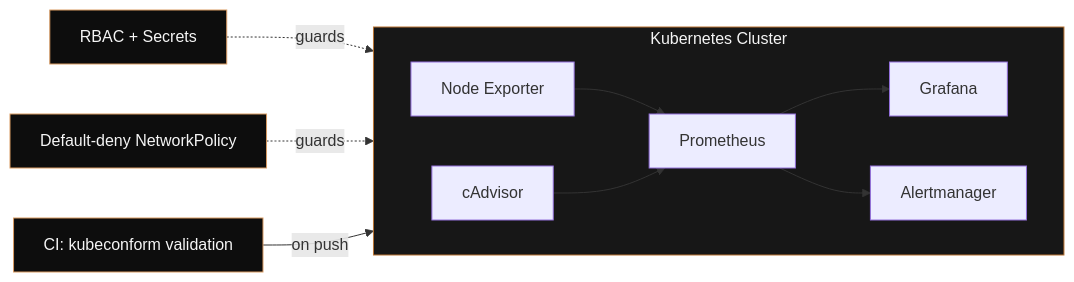
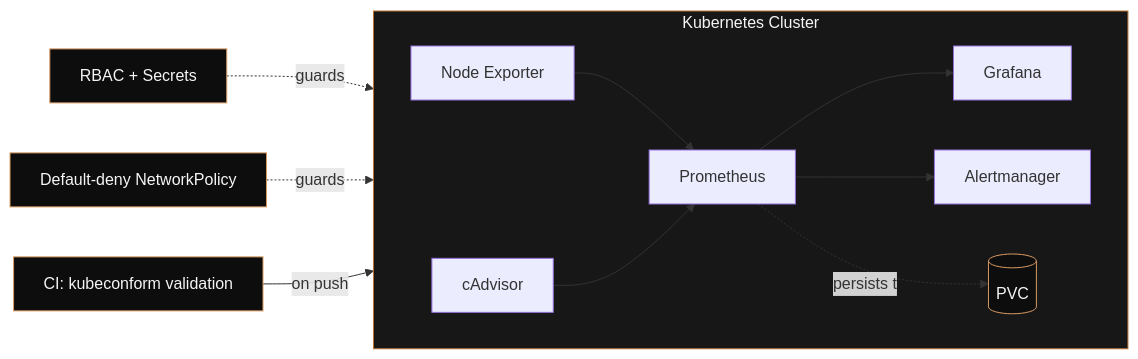
One commit to ItzMeBeasT/ItzMeBeasT changed the diagram in README.md. Above: the diagram before and after it, drawn with Mermaid. The commit also changed other lines of this file, not shown here.

````diff
--- a/README.md
+++ b/README.md
@@ -34,18 +34,20 @@
 ```mermaid
 flowchart LR
     subgraph Cluster["Kubernetes Cluster"]
         direction LR
         NE[Node Exporter] --> P[Prometheus]
         CA[cAdvisor] --> P
         P --> G[Grafana]
         P --> AM[Alertmanager]
+        P -.persists to.-> PVC[(PVC)]
     end
     RBAC[RBAC + Secrets] -.guards.-> Cluster
     NP[Default-deny NetworkPolicy] -.guards.-> Cluster
     CI[CI: kubeconform validation] -->|on push| Cluster
 
     style Cluster fill:#171717,stroke:#B87333,color:#F5F5F5
     style RBAC fill:#0D0D0D,stroke:#D99B63,color:#F5F5F5
     style NP fill:#0D0D0D,stroke:#D99B63,color:#F5F5F5
     style CI fill:#0D0D0D,stroke:#D99B63,color:#F5F5F5
+    style PVC fill:#0D0D0D,stroke:#D99B63,color:#F5F5F5
 ```
````
